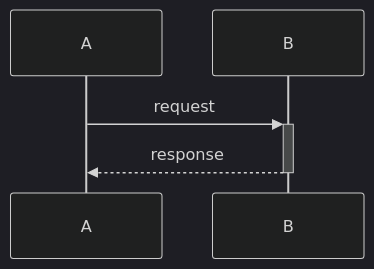
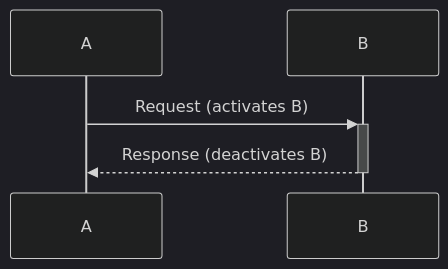
The third of 9 diagrams in README.md (andrewgepearce/sequencer-svg), drawn with Mermaid (dark theme) before and after one commit. The commit also changed other lines of this file and 32 other files, not shown here.

First line of the commit message:
docs: add transformed YAML and SVG for all Mermaid examples

````diff
--- a/README.md
+++ b/README.md
@@ -497,5 +510,7 @@
 ```mermaid
 sequenceDiagram
-    A->>+B: request
-    B-->>-A: response
+    participant A
+    participant B
+    A->>+B: Request (activates B)
+    B-->>-A: Response (deactivates B)
 ```
````
